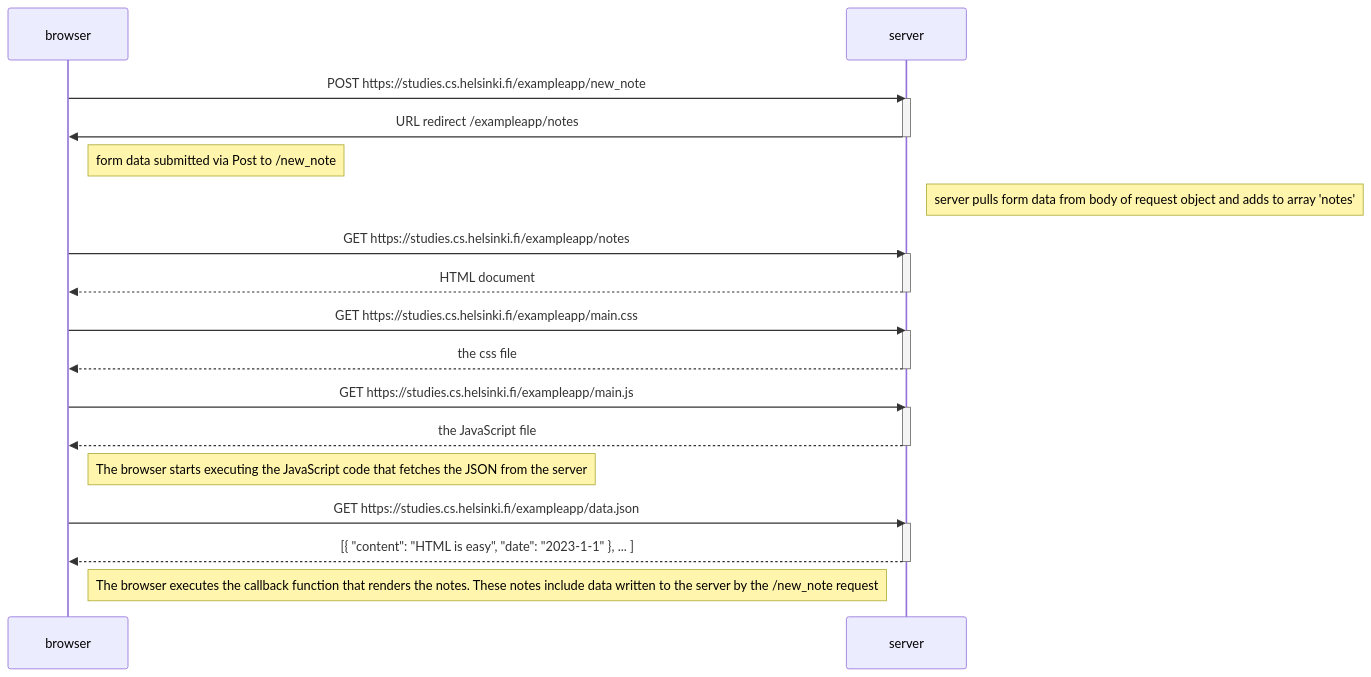
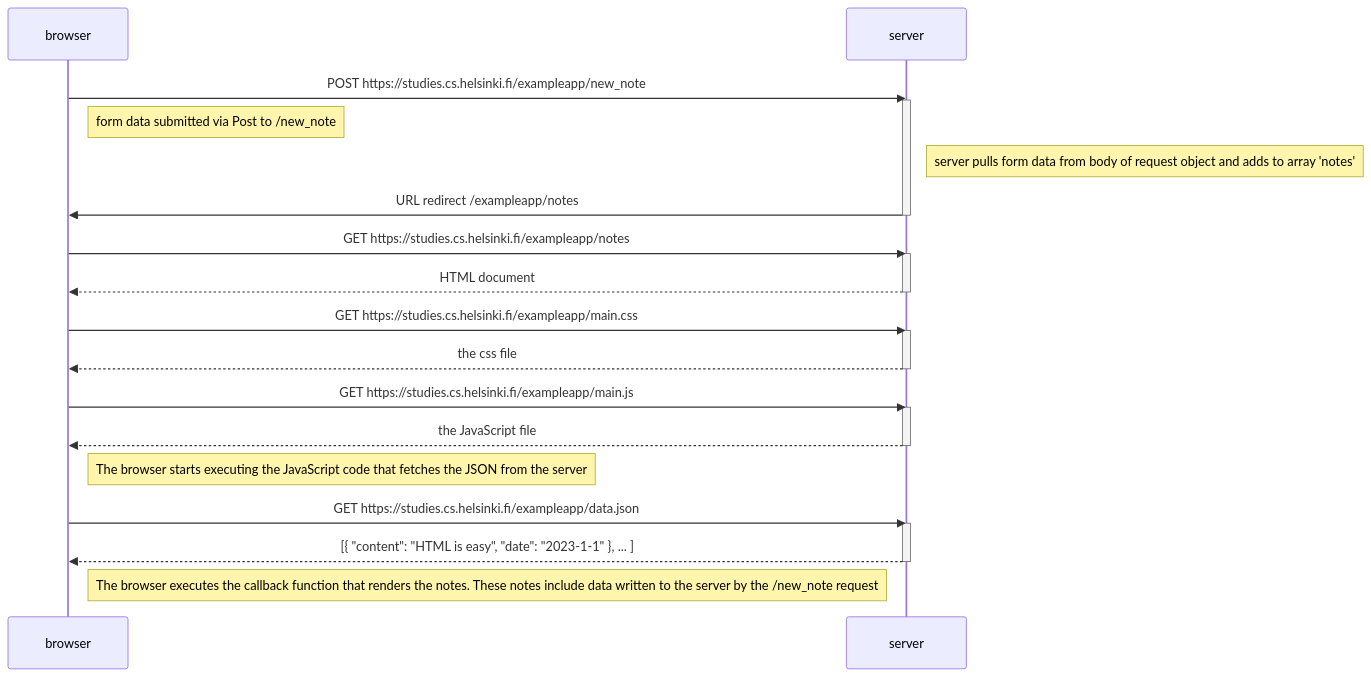
The first of 2 diagrams in New_Note_Diagram.MD (jakeu9623/part0), drawn with Mermaid before and after one commit. The commit also changed other lines of this file, not shown here.

````diff
--- a/New_Note_Diagram.MD
+++ b/New_Note_Diagram.MD
@@ -1,39 +1,39 @@
 ```mermaid
 sequenceDiagram
     participant browser 
     participant server
 
     browser->>server: POST https://studies.cs.helsinki.fi/exampleapp/new_note
     activate server
+
+    Note right of browser: form data submitted via Post to /new_note
+    Note right of server: server pulls form data from body of request object and adds to array 'notes'
+
     server->>browser: URL redirect /exampleapp/notes
     deactivate server
-
-    Note right of browser: form data submitted via Post to /new_note
-
-    Note right of server: server pulls form data from body of request object and adds to array 'notes'
 
     browser->>server: GET https://studies.cs.helsinki.fi/exampleapp/notes
     activate server
     server-->>browser: HTML document
     deactivate server
 
     browser->>server: GET https://studies.cs.helsinki.fi/exampleapp/main.css
     activate server
     server-->>browser: the css file
     deactivate server
 
     browser->>server: GET https://studies.cs.helsinki.fi/exampleapp/main.js
     activate server
     server-->>browser: the JavaScript file
     deactivate server
 
     Note right of browser: The browser starts executing the JavaScript code that fetches the JSON from the server
 
     browser->>server: GET https://studies.cs.helsinki.fi/exampleapp/data.json
     activate server
     server-->>browser: [{ "content": "HTML is easy", "date": "2023-1-1" }, ... ]
     deactivate server
 
     Note right of browser: The browser executes the callback function that renders the notes. These notes include data written to the server by the /new_note request
 
 ```
````
